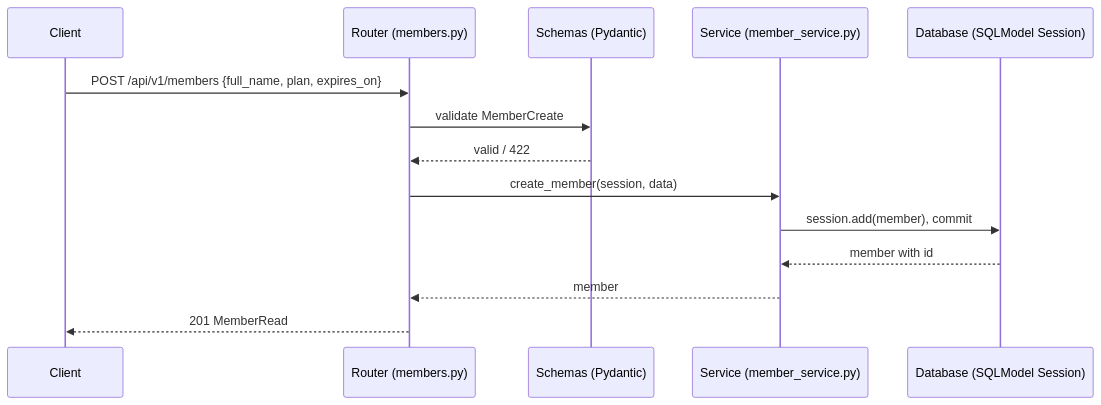
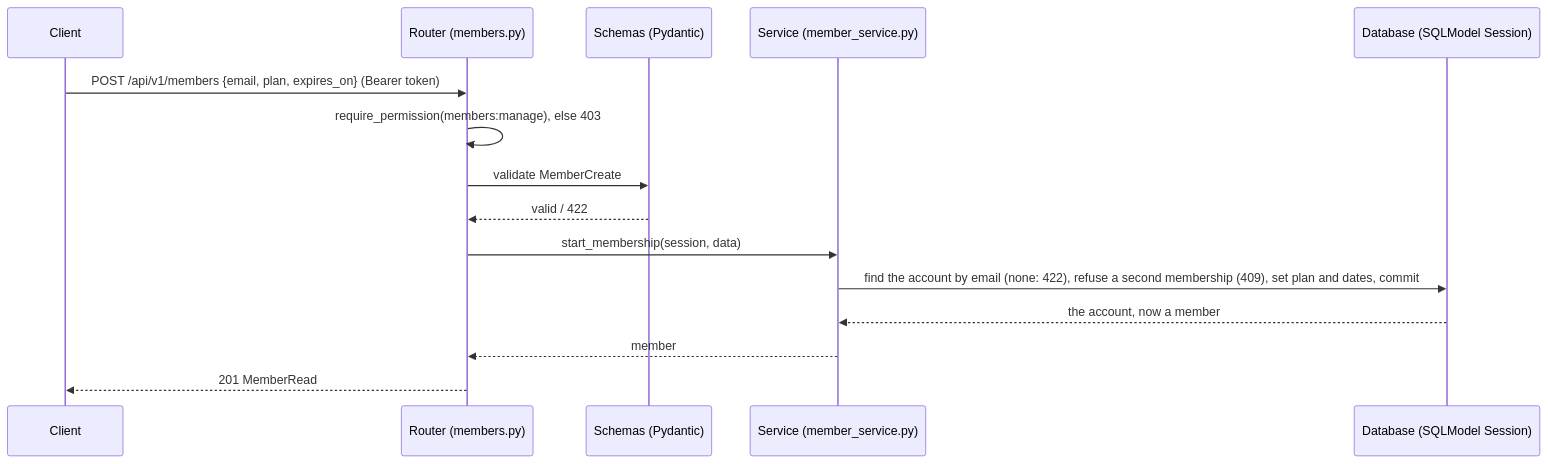
One commit to TanvirMahmudTushar/gym-buddy changed the second of 7 diagrams in docs/03-tdd.md. Above: the diagram before and after it, drawn with Mermaid. The commit also changed other lines of this file and 5 other files, not shown here.

First line of the commit message:
Add script to seed demo accounts and sample data via Gym Buddy API

````diff
--- a/docs/03-tdd.md
+++ b/docs/03-tdd.md
@@ -59,16 +60,17 @@
 ```mermaid
 sequenceDiagram
     participant C as Client
     participant R as Router (members.py)
     participant S as Schemas (Pydantic)
     participant V as Service (member_service.py)
     participant D as Database (SQLModel Session)
-    C->>R: POST /api/v1/members {full_name, plan, expires_on}
+    C->>R: POST /api/v1/members {email, plan, expires_on} (Bearer token)
+    R->>R: require_permission(members:manage), else 403
     R->>S: validate MemberCreate
     S-->>R: valid / 422
-    R->>V: create_member(session, data)
-    V->>D: session.add(member), commit
-    D-->>V: member with id
+    R->>V: start_membership(session, data)
+    V->>D: find the account by email (none: 422), refuse a second membership (409), set plan and dates, commit
+    D-->>V: the account, now a member
     V-->>R: member
     R-->>C: 201 MemberRead
 ```
````
